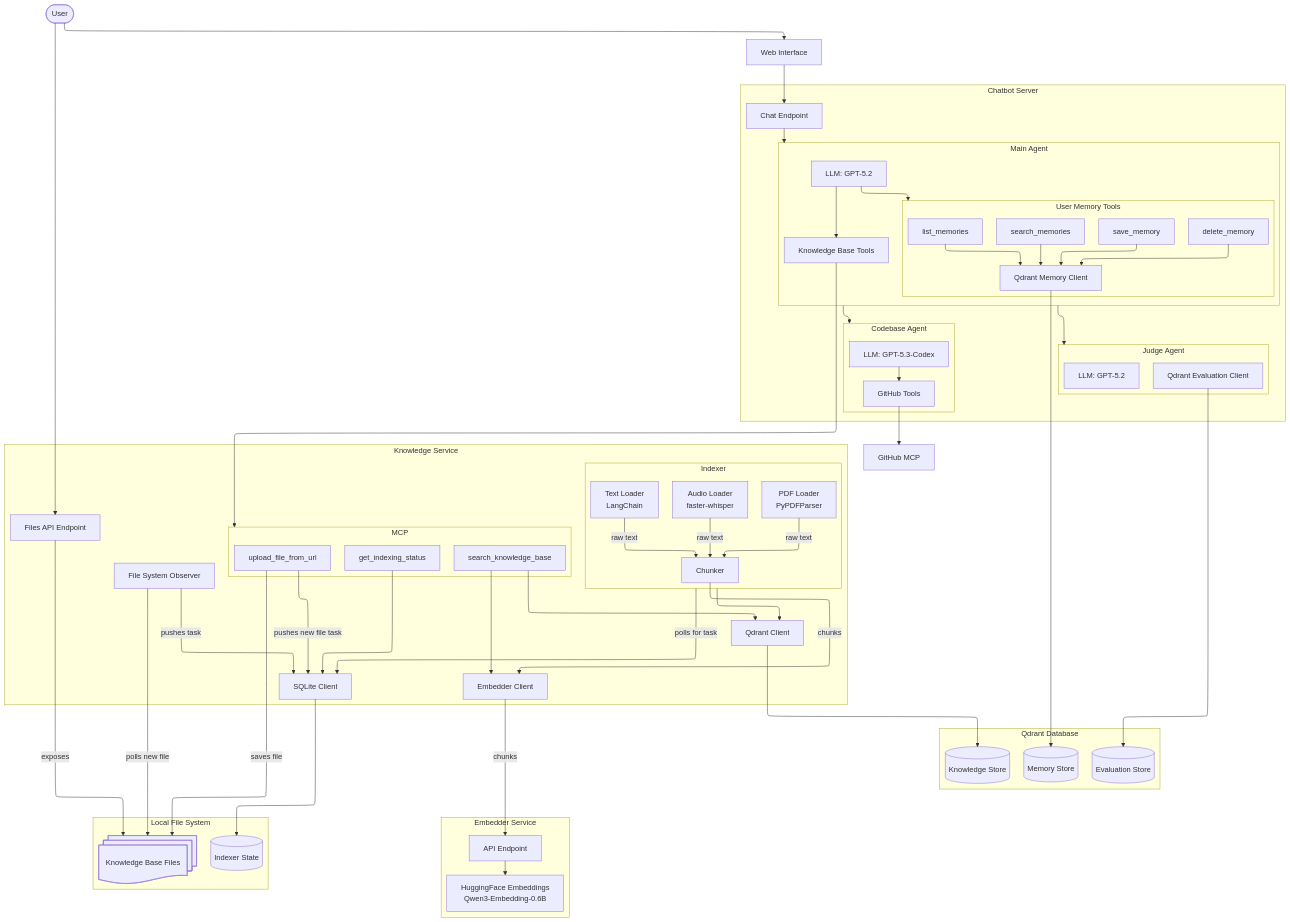
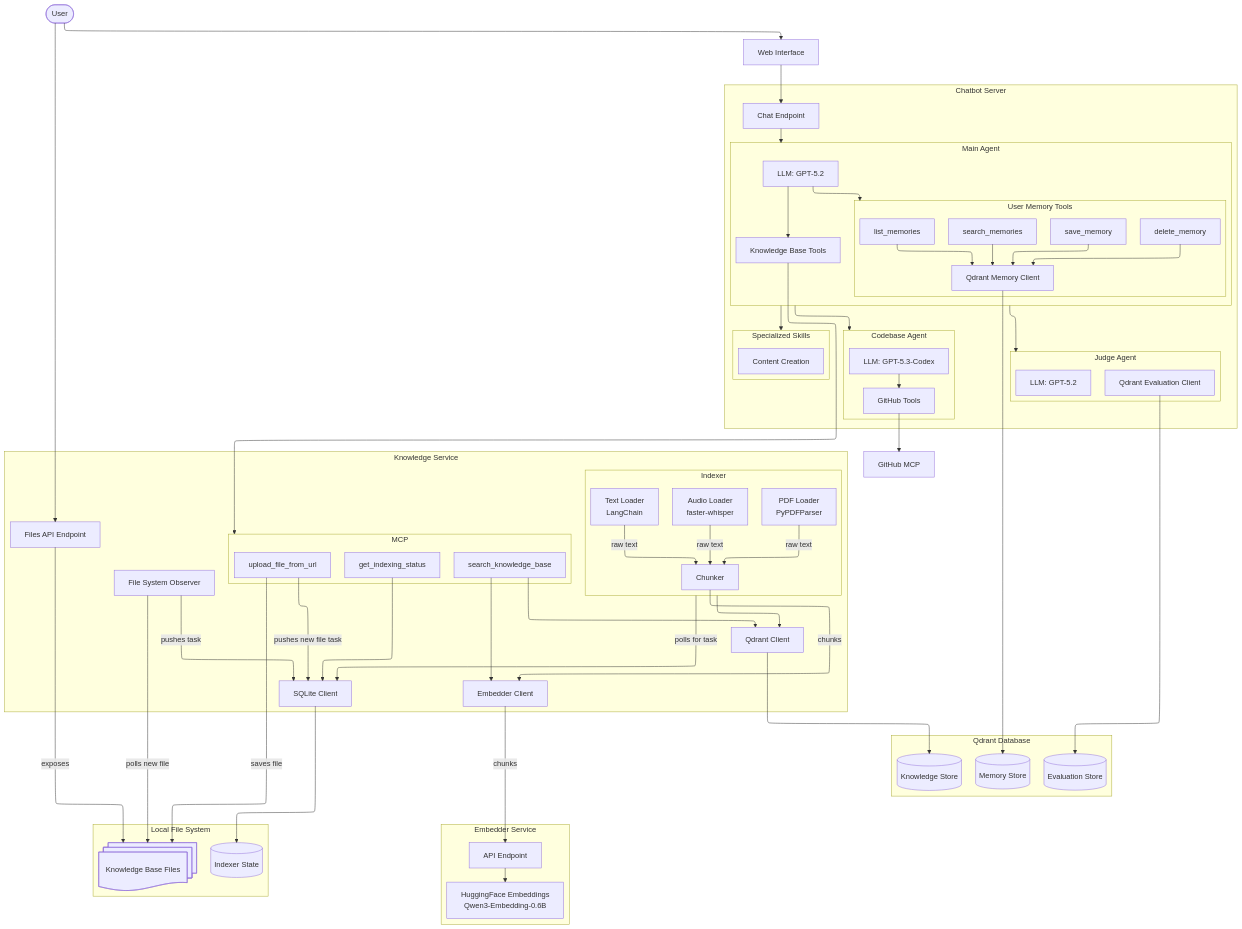
Before and after one commit to Anddrrew/ai_academy_capstone: the diagram in docs/architecture.mmd, drawn with Mermaid. The commit also changed 15 other files, not shown here.

```diff
--- a/docs/architecture.mmd
+++ b/docs/architecture.mmd
@@ -1,109 +1,113 @@
 ---
 config:
   layout: elk
   theme: default
 ---
 flowchart TB
   user([User])
   user --> web_ui
   web_ui[Web Interface]
   web_ui --> chat_endpoint
 
   subgraph chatbot["Chatbot Server"]
         chat_endpoint[Chat Endpoint]
         subgraph main_agent["Main Agent"]
             main_llm[LLM: GPT-5.2]
             subgraph mem_tools["User Memory Tools"]
                 mem_search[search_memories]
                 mem_save[save_memory]
                 mem_delete[delete_memory]
                 mem_list[list_memories]
                 mem_qdrant[Qdrant Memory Client]
                 mem_search --> mem_qdrant
                 mem_save --> mem_qdrant
                 mem_delete --> mem_qdrant
                 mem_list --> mem_qdrant
             end
             kb_tools[Knowledge Base Tools]
             main_llm --> kb_tools
             main_llm --> mem_tools
         end
         subgraph research_agent["Codebase Agent"]
             research_llm[LLM: GPT-5.3-Codex]
             github_tools[GitHub Tools]
             research_llm --> github_tools
         end
         subgraph judge_agent["Judge Agent"]
             judge_llm[LLM: GPT-5.2]
             judge_qdrant[Qdrant Evaluation Client]
         end
+        subgraph skills["Specialized Skills"]
+            content_creation[Content Creation]
+        end
         chat_endpoint --> main_agent
         main_agent --> research_agent
         main_agent --> judge_agent
+        main_agent --> skills
   end
   subgraph kb["Knowledge Service"]
     kb_observer[File System Observer]
     kb_embed_client[Embedder Client]
     kb_qdrant[Qdrant Client]
     kb_sqlite[SQLite Client]
     subgraph kb_indexer["Indexer"]
         kb_chunker[Chunker]
         kb_pdf_loader[PDF Loader<br/>PyPDFParser]
         kb_audio_loader[Audio Loader<br/>faster-whisper]
         kb_text_loader[Text Loader<br/>LangChain ]
         kb_pdf_loader --> |raw text| kb_chunker
         kb_audio_loader --> |raw text| kb_chunker
         kb_text_loader --> |raw text| kb_chunker
     end
         kb_files_endpoint[Files API Endpoint]
     
         subgraph kb_mcp["MCP"]
             kb_mcp_search[search_knowledge_base]
             kb_mcp_status[get_indexing_status]
             kb_mcp_upload[upload_file_from_url]
         end
     kb_chunker --> |chunks| kb_embed_client
     kb_indexer --> kb_qdrant
     kb_mcp_search --> kb_embed_client
     kb_mcp_search --> kb_qdrant
     kb_mcp_status --> kb_sqlite
 
     kb_observer --> |pushes task| kb_sqlite
     kb_indexer -->|polls for task| kb_sqlite
 
     kb_mcp_upload --> |pushes new file task| kb_sqlite
 
   end
   subgraph embedder["Embedder Service"]
     direction TB
     embed_model["HuggingFace Embeddings<br/>Qwen3-Embedding-0.6B"]
     embed_api["API Endpoint"]
     embed_api --> embed_model
   end
   subgraph qdrant["Qdrant Database"]
     direction TB
     qdrant_knowledge[(Knowledge Store)]
     qdrant_evaluation[(Evaluation Store)]
     qdrant_memory[(Memory Store)]
   end
   subgraph fs["Local File System"]
     fs_docs["Knowledge Base Files"]
     fs_state[(Indexer State)]
   end
 
 
   github_mcp[GitHub MCP]
   kb_observer -->|polls new file| fs_docs
   kb_tools --> kb_mcp
   mem_qdrant --> qdrant_memory
   judge_qdrant --> qdrant_evaluation
   github_tools --> github_mcp
 
   kb_embed_client --> |chunks| embed_api
   kb_qdrant --> qdrant_knowledge
   kb_sqlite --> fs_state
 
 
   user --> kb_files_endpoint --> |exposes| fs_docs
   kb_mcp_upload --> |saves file| fs_docs
   fs_docs@{ shape: docs}
```
